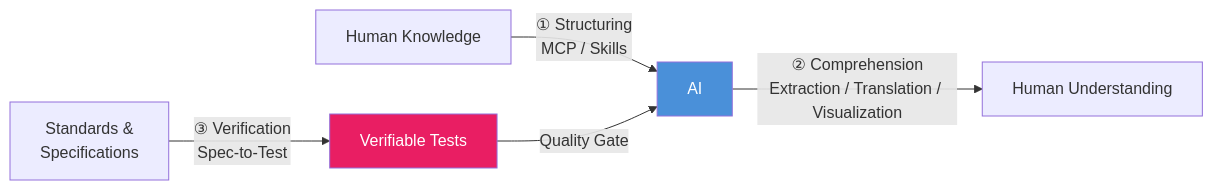
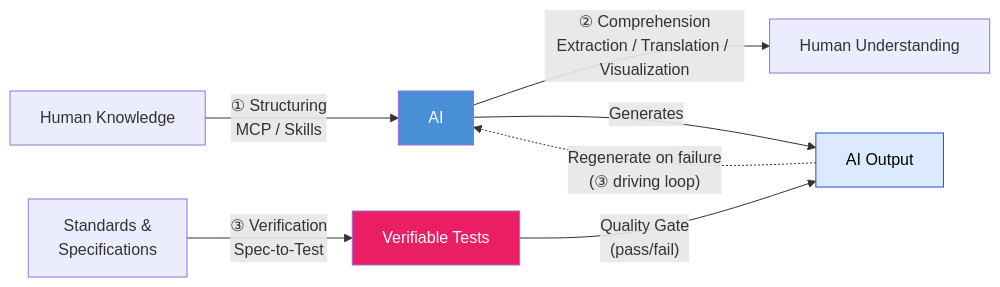
Before and after one commit to shuji-bonji/ai-agent-architecture: the fourth of 7 diagrams in docs/concepts/01-vision.md, drawn with Mermaid. The commit also changed other lines of this file and 5 other files, not shown here.

````diff
--- a/docs/concepts/01-vision.md
+++ b/docs/concepts/01-vision.md
@@ -170,16 +183,20 @@
 ```mermaid
 flowchart LR
     Human["Human Knowledge"]
+    Spec["Standards &<br/>Specifications"]
     AI["AI"]
     Understanding["Human Understanding"]
-    Spec["Standards &<br>Specifications"]
+    Output["AI Output"]
     Test["Verifiable Tests"]
 
-    Human -->|"① Structuring<br>MCP / Skills"| AI
-    AI -->|"② Comprehension<br>Extraction / Translation / Visualization"| Understanding
-    Spec -->|"③ Verification<br>Spec-to-Test"| Test
-    Test -->|"Quality Gate"| AI
+    Human -->|"① Structuring<br/>MCP / Skills"| AI
+    AI -->|"② Comprehension<br/>Extraction / Translation / Visualization"| Understanding
+    Spec -->|"③ Verification<br/>Spec-to-Test"| Test
+    AI -->|"Generates"| Output
+    Test -->|"Quality Gate<br/>(pass/fail)"| Output
+    Output -.->|"Regenerate on failure<br/>(③ driving loop)"| AI
 
     style AI fill:#4a90d9,color:#fff
     style Test fill:#e91e63,color:#fff
+    style Output fill:#dbeafe,stroke:#1d4ed8,color:#000
 ```
````
